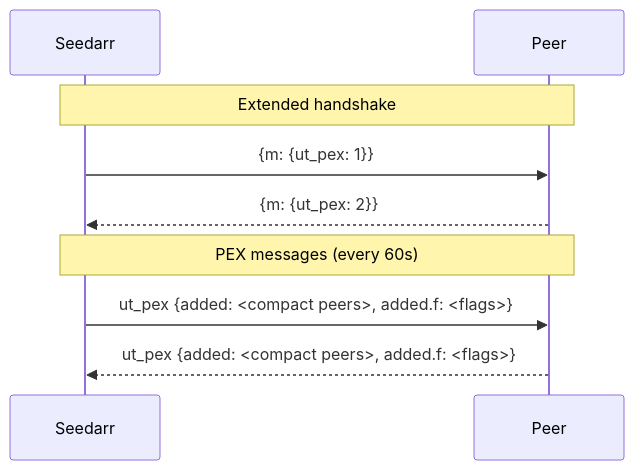
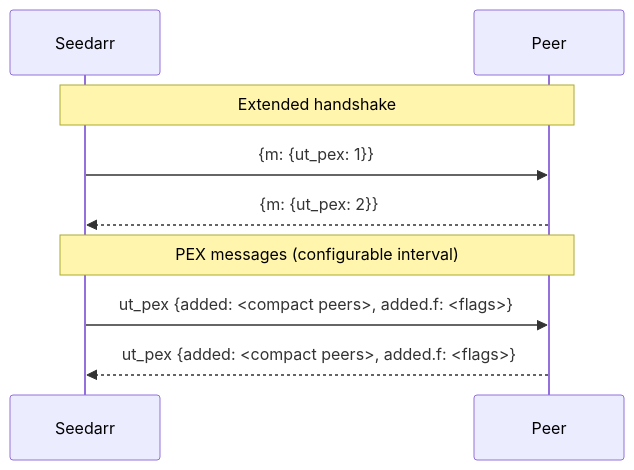
The fifth of 8 diagrams in docs/protocols.md (dmzoneill/Seedarr), drawn with Mermaid before and after one commit. The commit also changed other lines of this file and 6 other files, not shown here.

````diff
--- a/docs/protocols.md
+++ b/docs/protocols.md
@@ -118,13 +163,13 @@
 ```mermaid
 sequenceDiagram
     participant A as Seedarr
     participant B as Peer
 
     Note over A,B: Extended handshake
     A->>B: {m: {ut_pex: 1}}
     B-->>A: {m: {ut_pex: 2}}
 
-    Note over A,B: PEX messages (every 60s)
+    Note over A,B: PEX messages (configurable interval)
     A->>B: ut_pex {added: <compact peers>, added.f: <flags>}
     B-->>A: ut_pex {added: <compact peers>, added.f: <flags>}
 ```
````
